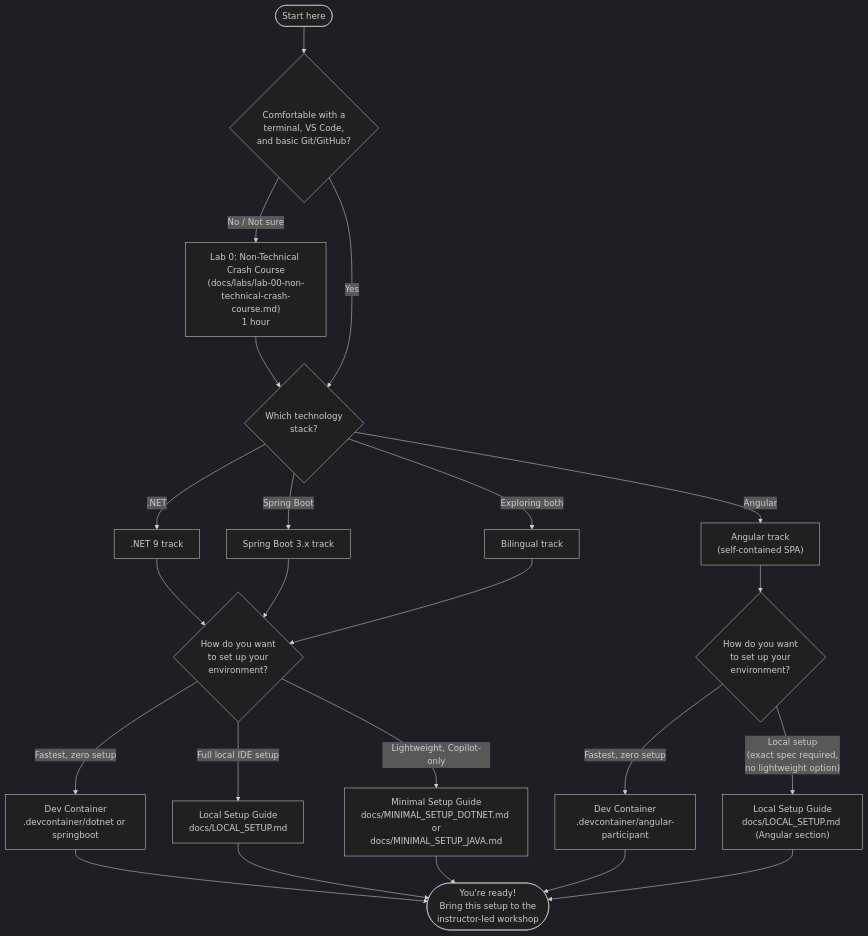
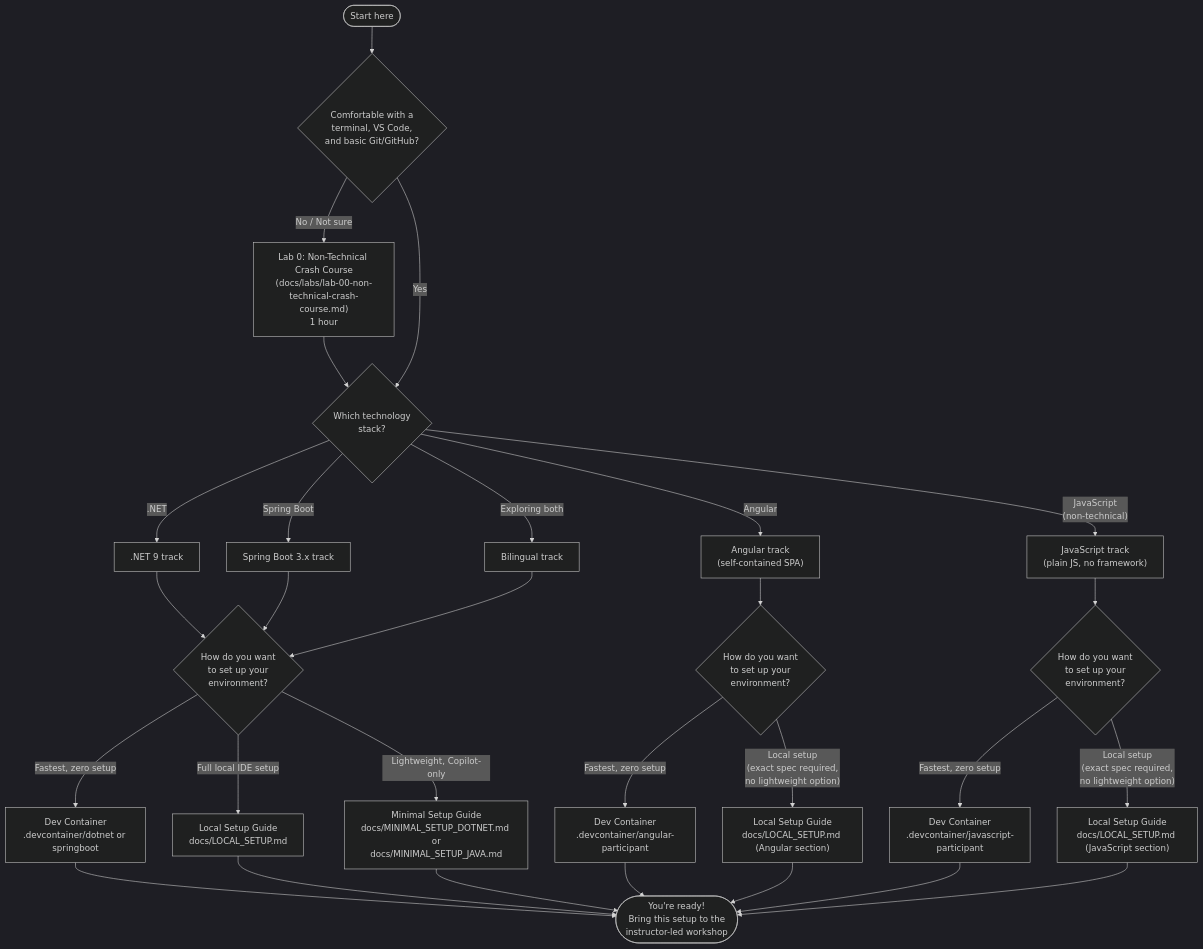
The diagram in README.md (centricconsulting/ai-coding-workshop), drawn with Mermaid (dark theme) before and after one commit. The commit also changed other lines of this file and 7 other files, not shown here.

First line of the commit message:
feat(javascript): scaffold plain-JS TaskManager track, devcontainer, docs

````diff
--- a/README.md
+++ b/README.md
@@ -42,25 +42,31 @@
 ```mermaid
 flowchart TD
     A([Start here]) --> B{Comfortable with a<br>terminal, VS Code,<br>and basic Git/GitHub?}
     B -- "No / Not sure" --> C["Lab 0: Non-Technical Crash Course<br>(docs/labs/lab-00-non-technical-crash-course.md)<br>1 hour"]
     C --> D
     B -- "Yes" --> D{Which technology<br>stack?}
     D -- ".NET" --> E[".NET 9 track"]
     D -- "Spring Boot" --> F["Spring Boot 3.x track"]
     D -- "Exploring both" --> G["Bilingual track"]
     D -- "Angular" --> M["Angular track<br>(self-contained SPA)"]
+    D -- "JavaScript<br>(non-technical)" --> Q["JavaScript track<br>(plain JS, no framework)"]
     E --> H{How do you want<br>to set up your<br>environment?}
     F --> H
     G --> H
     H -- "Fastest, zero setup" --> I["Dev Container<br>.devcontainer/dotnet or springboot"]
     H -- "Full local IDE setup" --> J["Local Setup Guide<br>docs/LOCAL_SETUP.md"]
     H -- "Lightweight, Copilot-only" --> K["Minimal Setup Guide<br>docs/MINIMAL_SETUP_DOTNET.md or<br>docs/MINIMAL_SETUP_JAVA.md"]
     M --> N{How do you want<br>to set up your<br>environment?}
     N -- "Fastest, zero setup" --> O["Dev Container<br>.devcontainer/angular-participant"]
     N -- "Local setup<br>(exact spec required,<br>no lightweight option)" --> P["Local Setup Guide<br>docs/LOCAL_SETUP.md (Angular section)"]
+    Q --> R{How do you want<br>to set up your<br>environment?}
+    R -- "Fastest, zero setup" --> S["Dev Container<br>.devcontainer/javascript-participant"]
+    R -- "Local setup<br>(exact spec required,<br>no lightweight option)" --> T["Local Setup Guide<br>docs/LOCAL_SETUP.md (JavaScript section)"]
     I --> L(["You're ready!<br>Bring this setup to the<br>instructor-led workshop"])
     J --> L
     K --> L
     O --> L
     P --> L
+    S --> L
+    T --> L
 ```
````
